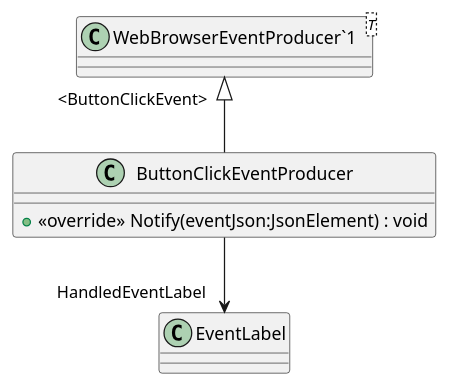
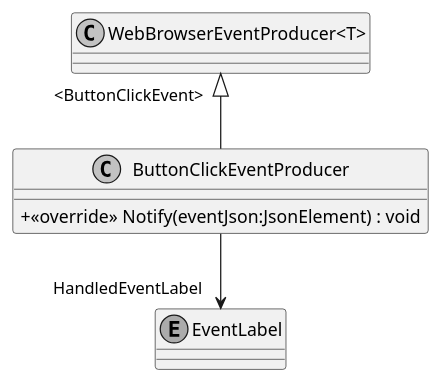
The diagram in application/plantuml/Modules/WebBrowser/Producers/ButtonClickEventProducer.puml (insightmind/MORR), drawn with PlantUML before and after one commit. The commit also changed 14 other files, not shown here.

```diff
--- a/application/plantuml/Modules/WebBrowser/Producers/ButtonClickEventProducer.puml
+++ b/application/plantuml/Modules/WebBrowser/Producers/ButtonClickEventProducer.puml
@@ -1,9 +1,12 @@
 @startuml
+skinparam monochrome true
+skinparam ClassAttributeIconSize 0
 class ButtonClickEventProducer {
     + <<override>> Notify(eventJson:JsonElement) : void
 }
-class "WebBrowserEventProducer`1"<T> {
+class "WebBrowserEventProducer<T>" {
 }
-"WebBrowserEventProducer`1" "<ButtonClickEvent>" <|-- ButtonClickEventProducer
+enum "EventLabel"
+"WebBrowserEventProducer<T>" "<ButtonClickEvent>" <|-- ButtonClickEventProducer
 ButtonClickEventProducer --> "HandledEventLabel" EventLabel
 @enduml
```
